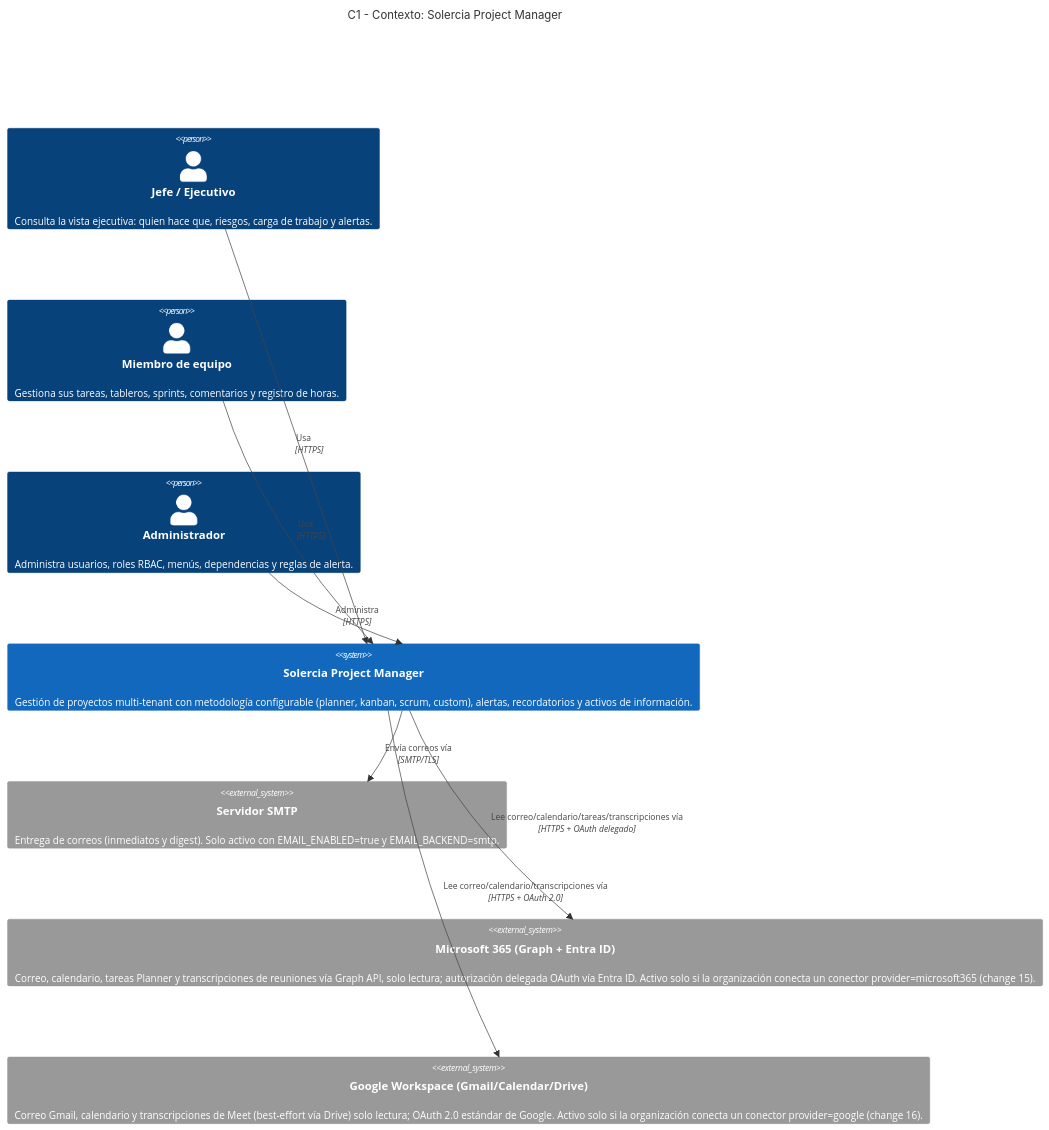
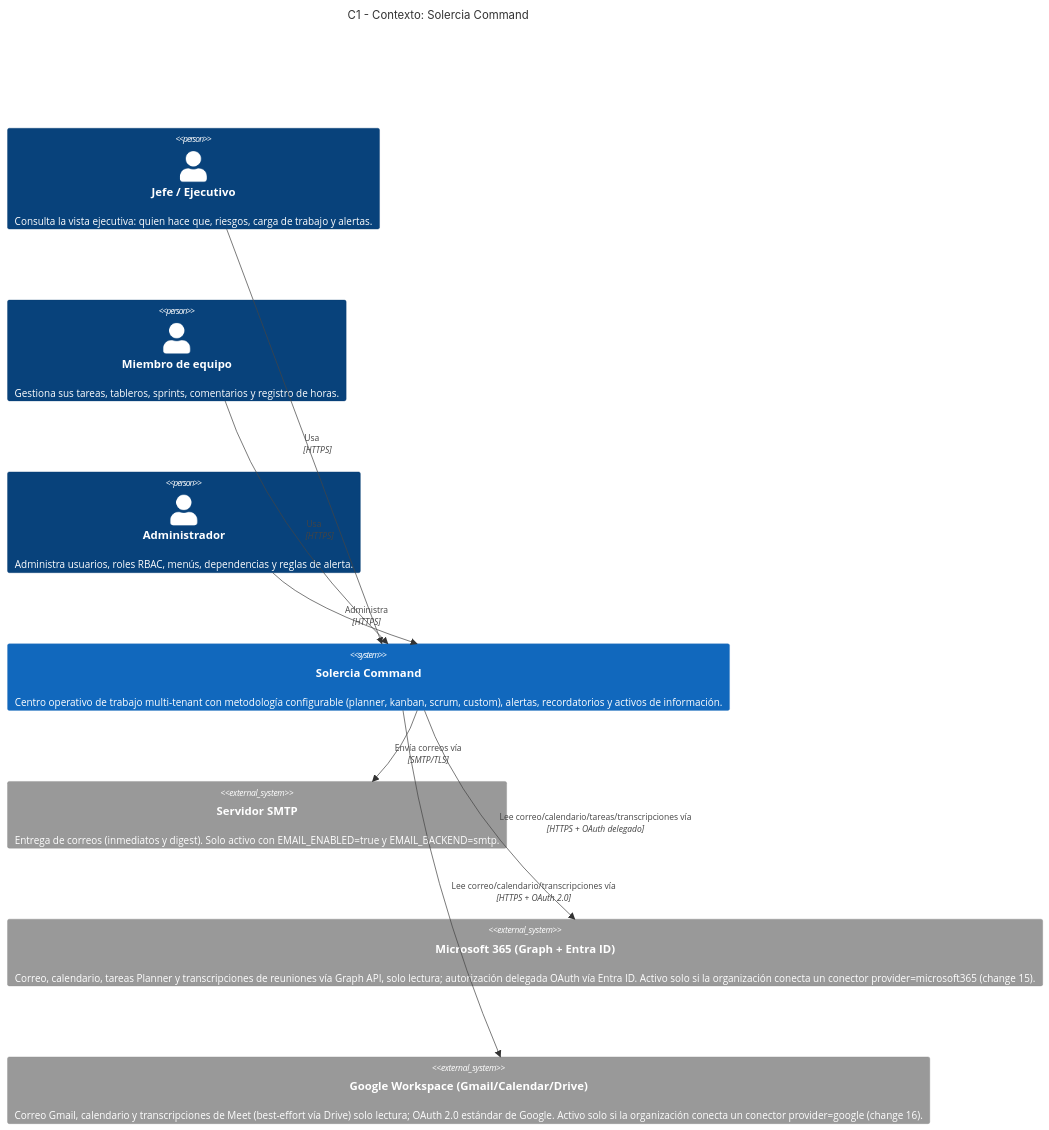
Before and after one commit to solercia-solutions/solercia-command: the first of 3 diagrams in docs/diagrams/c4-architecture.md, drawn with Mermaid. The commit also changed other lines of this file and 41 other files, not shown here.

````diff
--- a/docs/diagrams/c4-architecture.md
+++ b/docs/diagrams/c4-architecture.md
@@ -29,21 +29,21 @@
 ```mermaid
 C4Context
-    title C1 - Contexto: Solercia Project Manager
+    title C1 - Contexto: Solercia Command
 
     Person(jefe, "Jefe / Ejecutivo", "Consulta la vista ejecutiva: quien hace que, riesgos, carga de trabajo y alertas.")
     Person(miembro, "Miembro de equipo", "Gestiona sus tareas, tableros, sprints, comentarios y registro de horas.")
     Person(admin, "Administrador", "Administra usuarios, roles RBAC, menús, dependencias y reglas de alerta.")
 
-    System(spm, "Solercia Project Manager", "Gestión de proyectos multi-tenant con metodología configurable (planner, kanban, scrum, custom), alertas, recordatorios y activos de información.")
+    System(spm, "Solercia Command", "Centro operativo de trabajo multi-tenant con metodología configurable (planner, kanban, scrum, custom), alertas, recordatorios y activos de información.")
 
     System_Ext(smtp, "Servidor SMTP", "Entrega de correos (inmediatos y digest). Solo activo con EMAIL_ENABLED=true y EMAIL_BACKEND=smtp.")
     System_Ext(m365, "Microsoft 365 (Graph + Entra ID)", "Correo, calendario, tareas Planner y transcripciones de reuniones vía Graph API, solo lectura; autorización delegada OAuth vía Entra ID. Activo solo si la organización conecta un conector provider=microsoft365 (change 15).")
     System_Ext(gws, "Google Workspace (Gmail/Calendar/Drive)", "Correo Gmail, calendario y transcripciones de Meet (best-effort vía Drive) solo lectura; OAuth 2.0 estándar de Google. Activo solo si la organización conecta un conector provider=google (change 16).")
 
     Rel(jefe, spm, "Usa", "HTTPS")
     Rel(miembro, spm, "Usa", "HTTPS")
     Rel(admin, spm, "Administra", "HTTPS")
     Rel(spm, smtp, "Envía correos vía", "SMTP/TLS")
     Rel(spm, m365, "Lee correo/calendario/tareas/transcripciones vía", "HTTPS + OAuth delegado")
     Rel(spm, gws, "Lee correo/calendario/transcripciones vía", "HTTPS + OAuth 2.0")
 ```
````
